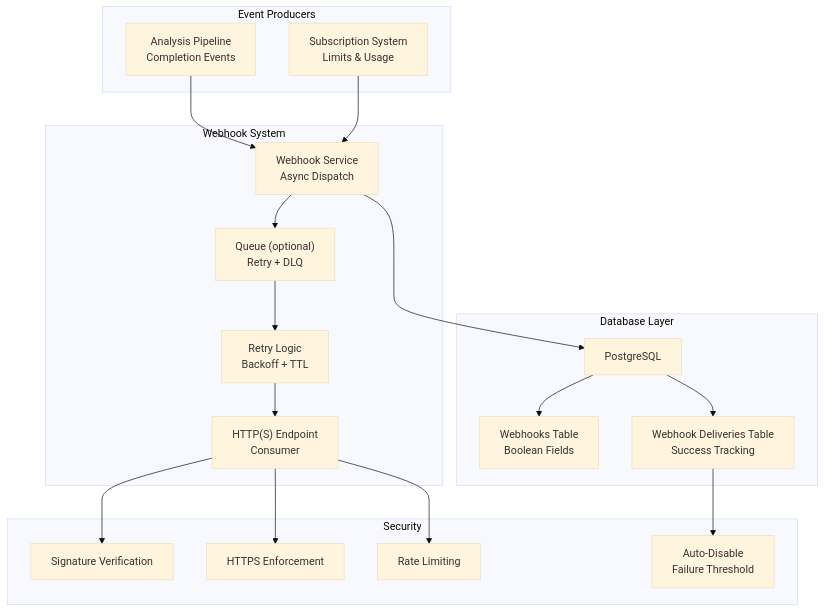
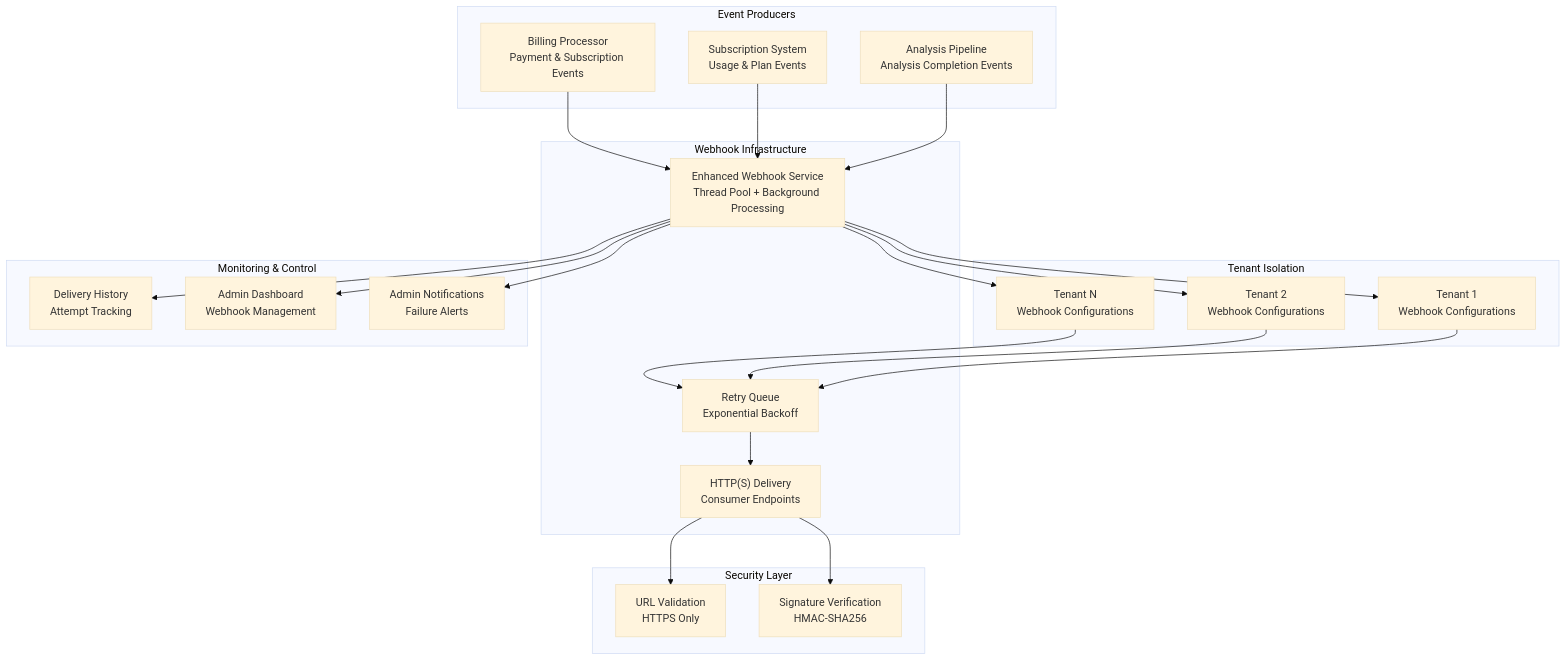
The second of 6 diagrams in .qoder/repowiki/en/content/Advanced Topics/Integration Patterns/Webhook Systems.md (Revanththetalogics/aireume), drawn with Mermaid (base theme) before and after one commit. The commit also changed other lines of this file and 13 other files, not shown here.

````diff
--- a/.qoder/repowiki/en/content/Advanced Topics/Integration Patterns/Webhook Systems.md
+++ b/.qoder/repowiki/en/content/Advanced Topics/Integration Patterns/Webhook Systems.md
@@ -127,36 +155,42 @@
 ```mermaid
 graph TB
 subgraph "Event Producers"
-A["Analysis Pipeline<br/>Completion Events"]
-S["Subscription System<br/>Limits & Usage"]
+A["Analysis Pipeline<br/>Analysis Completion Events"]
+S["Subscription System<br/>Usage & Plan Events"]
+B["Billing Processor<br/>Payment & Subscription Events"]
 end
-subgraph "Webhook System"
-WS["Webhook Service<br/>Async Dispatch"]
-Q["Queue (optional)<br/>Retry + DLQ"]
-R["Retry Logic<br/>Backoff + TTL"]
-H["HTTP(S) Endpoint<br/>Consumer"]
+subgraph "Webhook Infrastructure"
+WS["Enhanced Webhook Service<br/>Thread Pool + Background Processing"]
+Q["Retry Queue<br/>Exponential Backoff"]
+H["HTTP(S) Delivery<br/>Consumer Endpoints"]
 end
-subgraph "Database Layer"
-DB["PostgreSQL"]
-W["Webhooks Table<br/>Boolean Fields"]
-D["Webhook Deliveries Table<br/>Success Tracking"]
+subgraph "Tenant Isolation"
+T1["Tenant 1<br/>Webhook Configurations"]
+T2["Tenant 2<br/>Webhook Configurations"]
+T3["Tenant N<br/>Webhook Configurations"]
 end
-subgraph "Security"
-Sig["Signature Verification"]
-TLS["HTTPS Enforcement"]
-RL["Rate Limiting"]
-Auto["Auto-Disable<br/>Failure Threshold"]
+subgraph "Monitoring & Control"
+DH["Delivery History<br/>Attempt Tracking"]
+AD["Admin Dashboard<br/>Webhook Management"]
+AN["Admin Notifications<br/>Failure Alerts"]
+end
+subgraph "Security Layer"
+V["URL Validation<br/>HTTPS Only"]
+SIG["Signature Verification<br/>HMAC-SHA256"]
 end
 A --> WS
 S --> WS
-WS --> Q
-Q --> R
-R --> H
-H --> Sig
-H --> TLS
-H --> RL
-WS --> DB
-DB --> W
-DB --> D
-D --> Auto
+B --> WS
+WS --> T1
+WS --> T2
+WS --> T3
+T1 --> Q
+T2 --> Q
+T3 --> Q
+Q --> H
+H --> V
+H --> SIG
+WS --> DH
+WS --> AD
+WS --> AN
 ```
````
